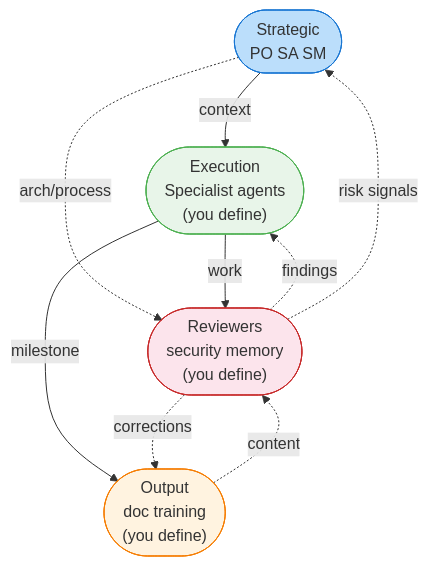
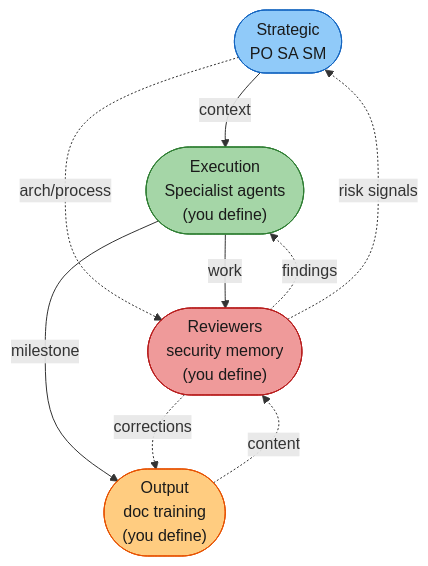
One commit to rdunie/venutian-antfarm changed the first of 20 diagrams in docs/COLLABORATION-MODEL.md. Above: the diagram before and after it, drawn with Mermaid. The commit also changed other lines of this file and 22 other files, not shown here.

````diff
--- a/docs/COLLABORATION-MODEL.md
+++ b/docs/COLLABORATION-MODEL.md
@@ -11,21 +13,21 @@
 ```mermaid
 flowchart TD
     S(["Strategic\nPO  SA  SM"])
     E(["Execution\nSpecialist agents\n(you define)"])
     R(["Reviewers\nsecurity  memory\n(you define)"])
     O(["Output\ndoc  training\n(you define)"])
 
     S -->|"context"| E
     S -.->|"arch/process"| R
     E -->|"work"| R
     R -.->|"findings"| E
     R -.->|"risk signals"| S
     E -->|"milestone"| O
     R -.->|"corrections"| O
     O -.->|"content"| R
 
-    style S fill:#bbdefb,stroke:#1976D2
-    style E fill:#e8f5e9,stroke:#4CAF50
-    style R fill:#fce4ec,stroke:#C62828
-    style O fill:#fff3e0,stroke:#F57C00
+    style S fill:#90caf9,stroke:#1565c0,color:#1a1a1a
+    style E fill:#a5d6a7,stroke:#2e7d32,color:#1a1a1a
+    style R fill:#ef9a9a,stroke:#b71c1c,color:#1a1a1a
+    style O fill:#ffcc80,stroke:#e65100,color:#1a1a1a
 ```
````
